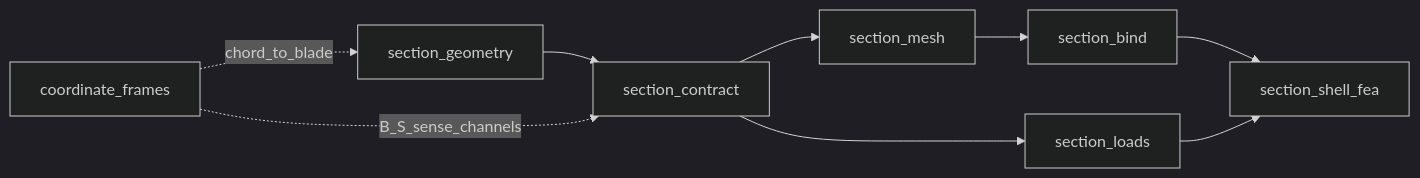
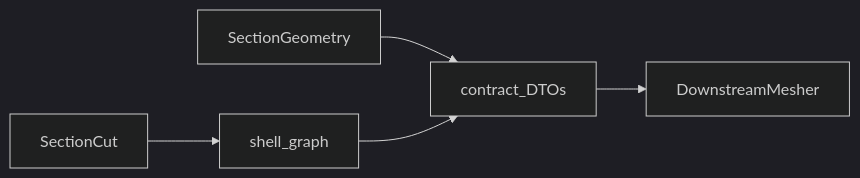
Before and after one commit to samhughes-fea/implicit-geometry-kernel: the diagram in docs/contract/README.md, drawn with Mermaid (dark theme). The commit also changed other lines of this file and 589 other files, not shown here.

````diff
--- a/docs/contract/README.md
+++ b/docs/contract/README.md
@@ -284,11 +39,7 @@
 ```mermaid
 flowchart LR
-  SG[section_geometry] --> SC[section_contract]
-  SC --> SM[section_mesh]
-  SM --> Bind[section_bind]
-  SC --> Loads[section_loads]
-  Bind --> FE[section_shell_fea]
-  Loads --> FE
-  CF[coordinate_frames] -.->|B_S_sense_channels| SC
-  CF -.->|chord_to_blade| SG
+  SG[SectionGeometry] --> DTOs[contract_DTOs]
+  Cut[SectionCut] --> Graph[shell_graph]
+  Graph --> DTOs
+  DTOs --> Mesh[DownstreamMesher]
 ```
````
